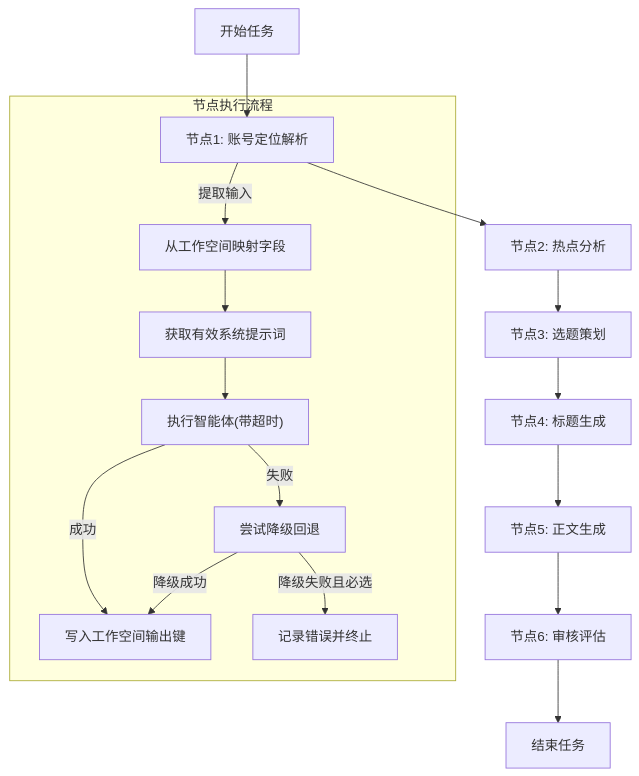
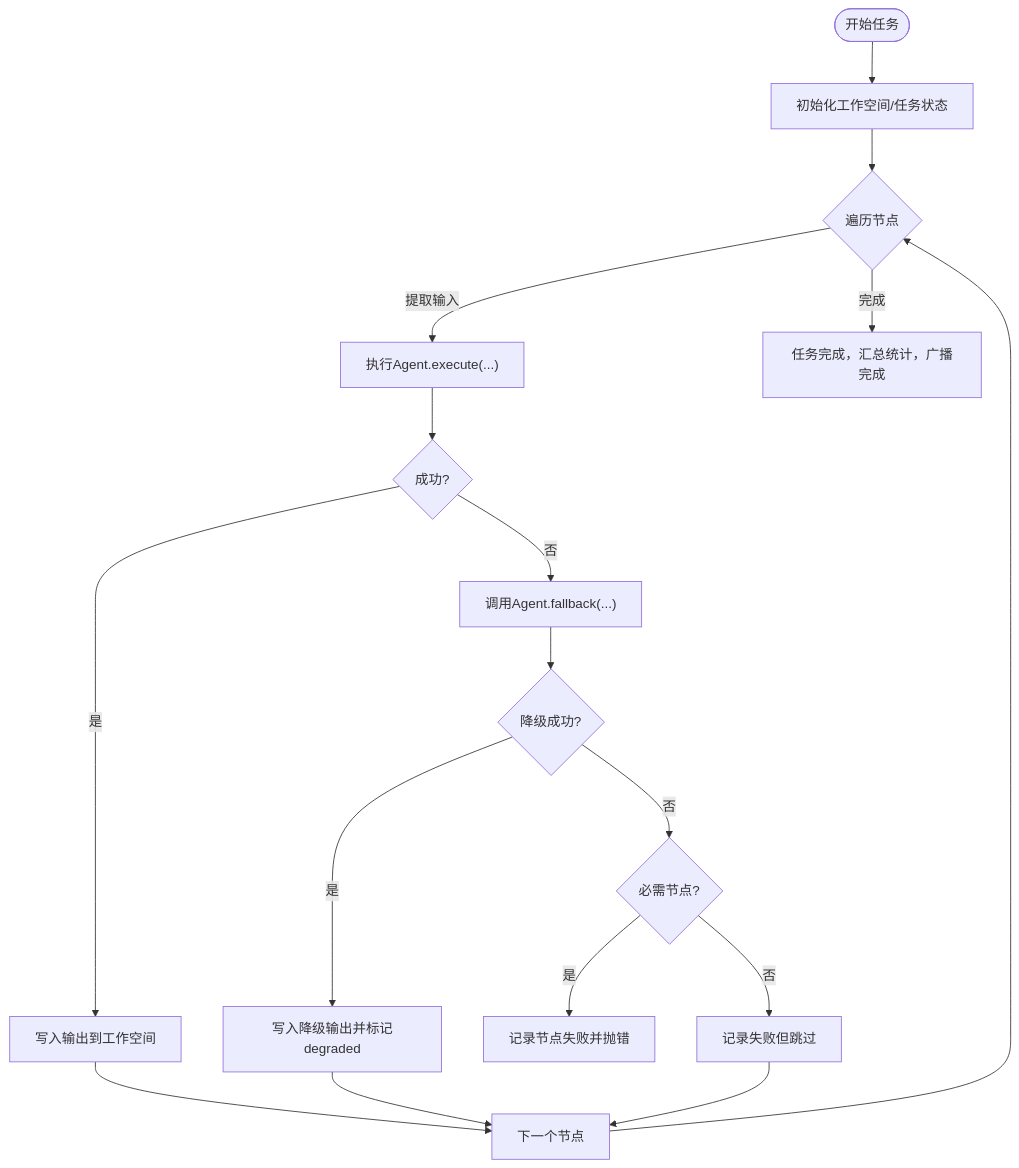
The fifth of 7 diagrams in .qoder/repowiki/zh/content/智能体系统/智能体系统.md (sansansansansan2022-web/hotclaw), drawn with Mermaid before and after one commit. The commit also changed other lines of this file and 288 other files, not shown here.

````diff
--- a/.qoder/repowiki/zh/content/智能体系统/智能体系统.md
+++ b/.qoder/repowiki/zh/content/智能体系统/智能体系统.md
@@ -224,19 +237,19 @@
 ```mermaid
 flowchart TD
-S["开始任务"] --> N1["节点1: 账号定位解析"]
-N1 --> N2["节点2: 热点分析"]
-N2 --> N3["节点3: 选题策划"]
-N3 --> N4["节点4: 标题生成"]
-N4 --> N5["节点5: 正文生成"]
-N5 --> N6["节点6: 审核评估"]
-N6 --> E["结束任务"]
-subgraph "节点执行流程"
-N1 --> |提取输入| X["从工作空间映射字段"]
-X --> Y["获取有效系统提示词"]
-Y --> Z["执行智能体(带超时)"]
-Z --> |成功| W["写入工作空间输出键"]
-Z --> |失败| F["尝试降级回退"]
-F --> |降级成功| W
-F --> |降级失败且必选| ERR["记录错误并终止"]
-end
+S(["开始任务"]) --> Init["初始化工作空间/任务状态"]
+Init --> Loop{"遍历节点"}
+Loop --> |提取输入| Exec["执行Agent.execute(...)"]
+Exec --> Ok{"成功?"}
+Ok --> |是| Save["写入输出到工作空间"]
+Save --> Next["下一个节点"]
+Ok --> |否| FB["调用Agent.fallback(...)"]
+FB --> FBok{"降级成功?"}
+FBok --> |是| SaveDeg["写入降级输出并标记degraded"]
+FBok --> |否| Req{"必需节点?"}
+Req --> |是| Fail["记录节点失败并抛错"]
+Req --> |否| Skip["记录失败但跳过"]
+SaveDeg --> Next
+Skip --> Next
+Next --> Loop
+Loop --> |完成| Done["任务完成，汇总统计，广播完成"]
 ```
````
